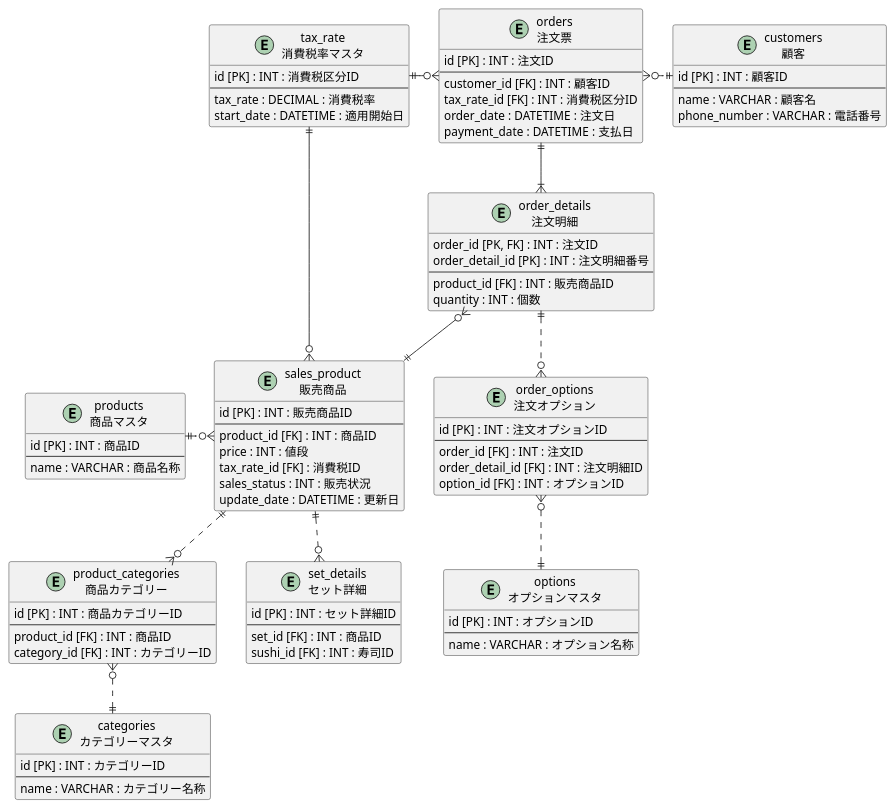
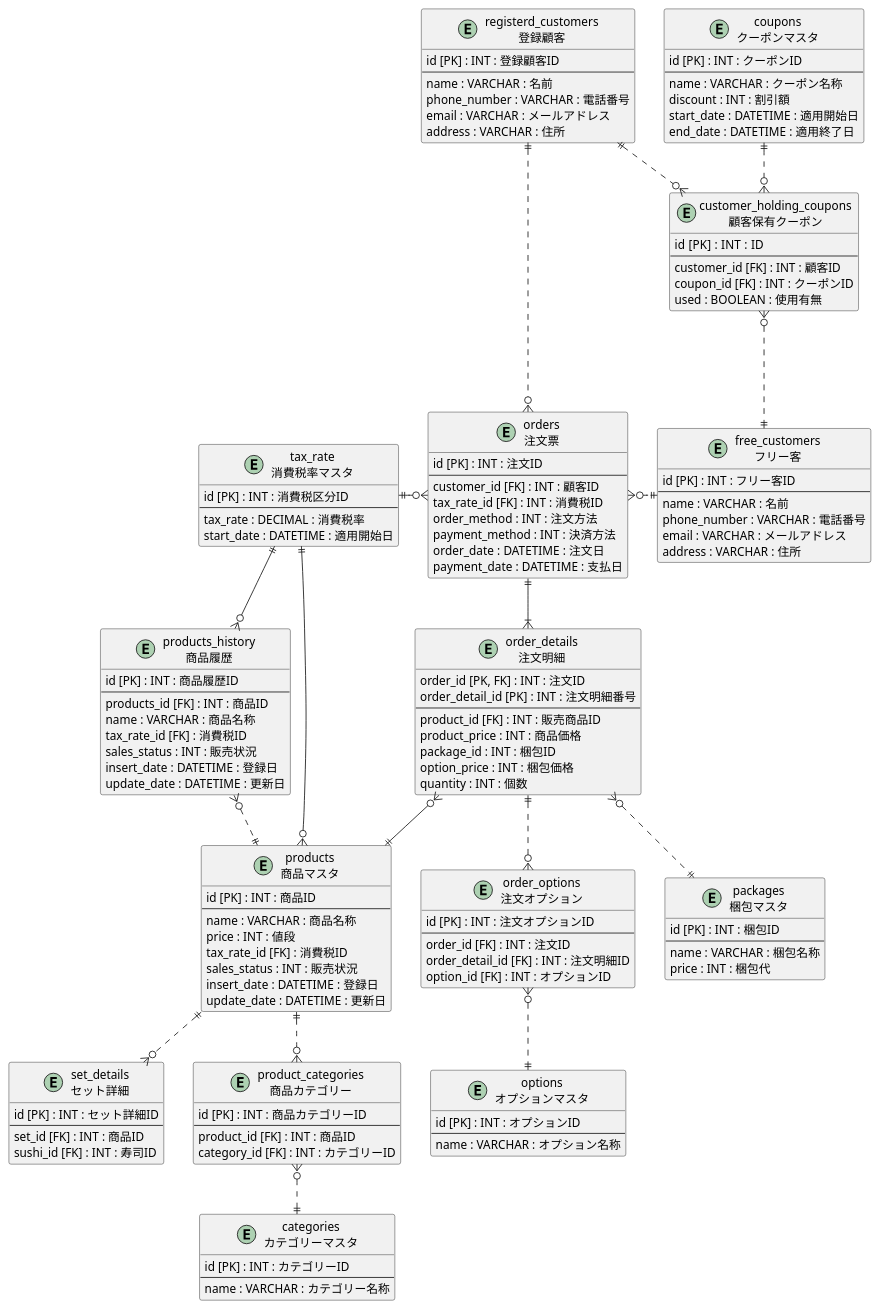
One commit to praha-inc/praha-challenge-7 changed the diagram in I84PdeRyF2ApGF/db_modeling01/task_03/db_modeling03.pu. Above: the diagram before and after it, drawn with PlantUML.

Commit message:
[Update] er-diagram

```diff
--- a/I84PdeRyF2ApGF/db_modeling01/task_03/db_modeling03.pu
+++ b/I84PdeRyF2ApGF/db_modeling01/task_03/db_modeling03.pu
@@ -1,108 +1,161 @@
 @startuml dbModeling1
     Entity "tax_rate\n消費税率マスタ" as tax_rate{
         id [PK] : INT : 消費税区分ID
         --
         tax_rate : DECIMAL : 消費税率
         start_date : DATETIME : 適用開始日
     }
 
-    Entity "customers\n顧客" as customers {
-        id [PK] : INT : 顧客ID
+    Entity "free_customers\nフリー客" as f_c {
+        id [PK] : INT : フリー客ID
         --
-        name : VARCHAR : 顧客名
+        name : VARCHAR : 名前
         phone_number : VARCHAR : 電話番号
+        email : VARCHAR : メールアドレス
+        address : VARCHAR : 住所
+    }
+
+    Entity "registerd_customers\n登録顧客" as r_c{
+        id [PK] : INT : 登録顧客ID
+        --
+        name : VARCHAR : 名前
+        phone_number : VARCHAR : 電話番号
+        email : VARCHAR : メールアドレス
+        address : VARCHAR : 住所
+    }
+
+    Entity "customer_holding_coupons\n顧客保有クーポン" as c_h_c{
+        id [PK] : INT :  ID
+        --
+        customer_id [FK] : INT : 顧客ID
+        coupon_id [FK] : INT : クーポンID
+        used : BOOLEAN : 使用有無
+    }
+
+    Entity "coupons\nクーポンマスタ" as c_m{
+        id [PK] : INT : クーポンID
+        --
+        name : VARCHAR : クーポン名称
+        discount : INT : 割引額
+        start_date : DATETIME : 適用開始日
+        end_date : DATETIME : 適用終了日
     }
 
     Entity "orders\n注文票" as orders {
         id [PK] : INT : 注文ID
         --
         customer_id [FK] : INT : 顧客ID
-        tax_rate_id [FK] : INT : 消費税区分ID 
+        tax_rate_id [FK] : INT : 消費税ID
+        order_method : INT : 注文方法
+        payment_method : INT : 決済方法
         order_date : DATETIME : 注文日
         payment_date : DATETIME : 支払日
     }
 
     Entity "order_details\n注文明細" as order_details {
         order_id [PK, FK] : INT : 注文ID 
         order_detail_id [PK] : INT : 注文明細番号 
         --
         product_id [FK] : INT : 販売商品ID
+        product_price : INT : 商品価格
+        package_id : INT : 梱包ID 
+        option_price : INT : 梱包価格
         quantity : INT : 個数
     }
 
     Entity "order_options\n注文オプション" as options {
         id [PK] : INT : 注文オプションID
         --
         order_id [FK] : INT : 注文ID
         order_detail_id [FK] : INT : 注文明細ID
         option_id [FK] : INT : オプションID
     }
 
     Entity "options\nオプションマスタ" as om{
         id [PK] : INT : オプションID
         --
         name : VARCHAR : オプション名称
     }
 
-    Entity "sales_product\n販売商品" as s_p{
-        id [PK] : INT : 販売商品ID
+    Entity "packages\n梱包マスタ" as p_o{
+        id [PK] : INT : 梱包ID
         --
-        product_id [FK] : INT : 商品ID
+        name : VARCHAR : 梱包名称
+        price : INT : 梱包代
+    }
+    
+    Entity "products\n商品マスタ" as s_p{
+        id [PK] : INT : 商品ID
+        --
+        name : VARCHAR : 商品名称
         price : INT : 値段
         tax_rate_id [FK] : 消費税ID
         sales_status : INT : 販売状況
+        insert_date : DATETIME : 登録日
         update_date : DATETIME : 更新日
     }
 
-    Entity "products\n商品マスタ" as p{
-        id [PK] : INT : 商品ID
+    Entity "products_history\n商品履歴" as p_h {
+        id [PK] : INT : 商品履歴ID
         --
+        products_id [FK] : INT : 商品ID
         name : VARCHAR : 商品名称
+        tax_rate_id [FK] : 消費税ID
+        sales_status : INT : 販売状況
+        insert_date : DATETIME : 登録日
+        update_date : DATETIME : 更新日
     }
 
     Entity "set_details\nセット詳細" as s_d{
         id [PK] : INT : セット詳細ID
         --
         set_id [FK] : INT : 商品ID
         sushi_id [FK] : INT : 寿司ID
     }
 
     Entity "categories\nカテゴリーマスタ" as c {
         id [PK] : INT : カテゴリーID
         --
         name : VARCHAR : カテゴリー名称
     }
 
     Entity "product_categories\n商品カテゴリー" as pc {
         id [PK] : INT : 商品カテゴリーID
         --
         product_id [FK] : INT : 商品ID
         category_id [FK] : INT : カテゴリーID
     }
 
-    orders }o..r..|| customers
+    orders }o..r..|| f_c
+    r_c ||....o{ orders
     orders ||-d-|{ order_details
     orders }o-l-|| tax_rate
     order_details }o--|| s_p
     tax_rate ||--o{ s_p
+    tax_rate ||--o{ p_h
     s_p ||..o{ pc
     pc }o..|| c
     s_p ||..o{ s_d
     order_details ||..o{ options
     options }o..|| om
-    p ||..r..o{ s_p
-    
+    s_p ||..l..o{ p_h 
+    order_details }o..|| p_o
+    ' p_o ||..o{ p_o_h
+    r_c ||..o{ c_h_c
+    c_h_c }o..|| f_c
+    c_m ||..o{ c_h_c
+
     ' * 主キー
     ' + 外部キー
     ' カラム名 : 型 : 説明
 
     ' 1対０また1
     ' A ||--o| B
     ' 1対1
     ' A ||--|| B
     ' 1対0以上
     ' A ||--o{ B
     ' 1対1以上
     ' A ||--|{ B
 
 @enduml
```
